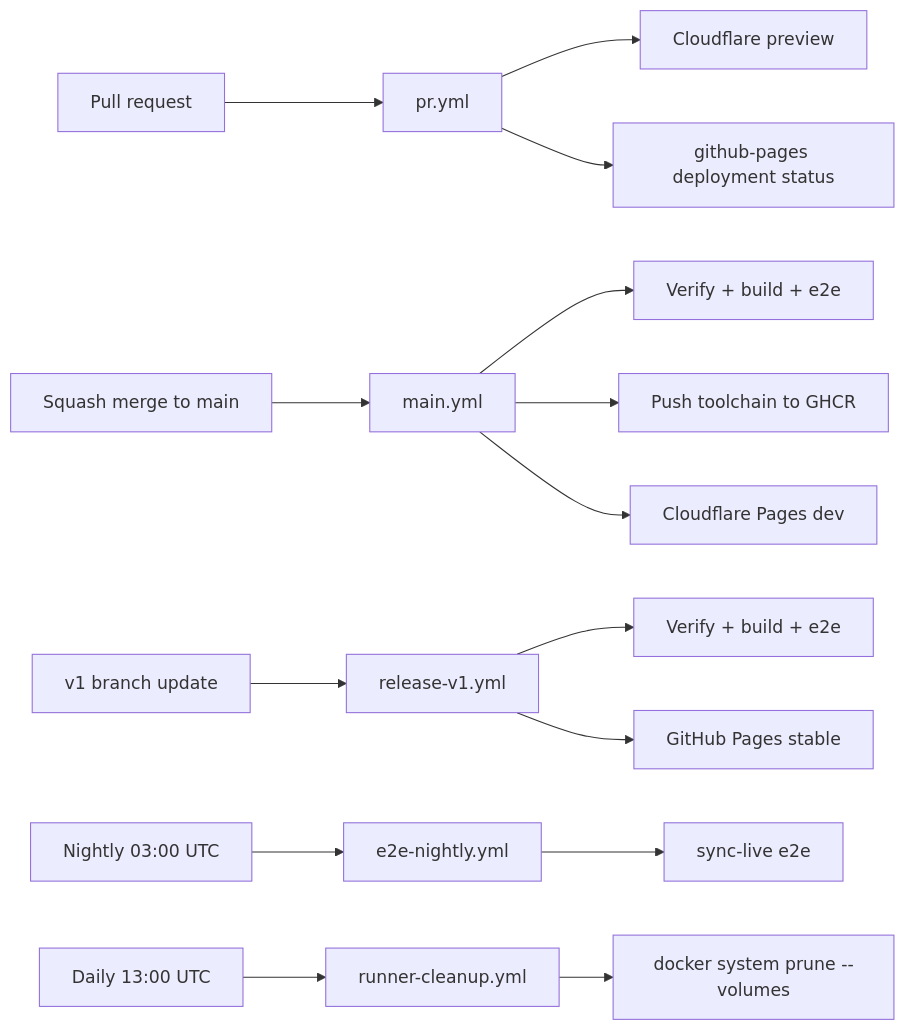
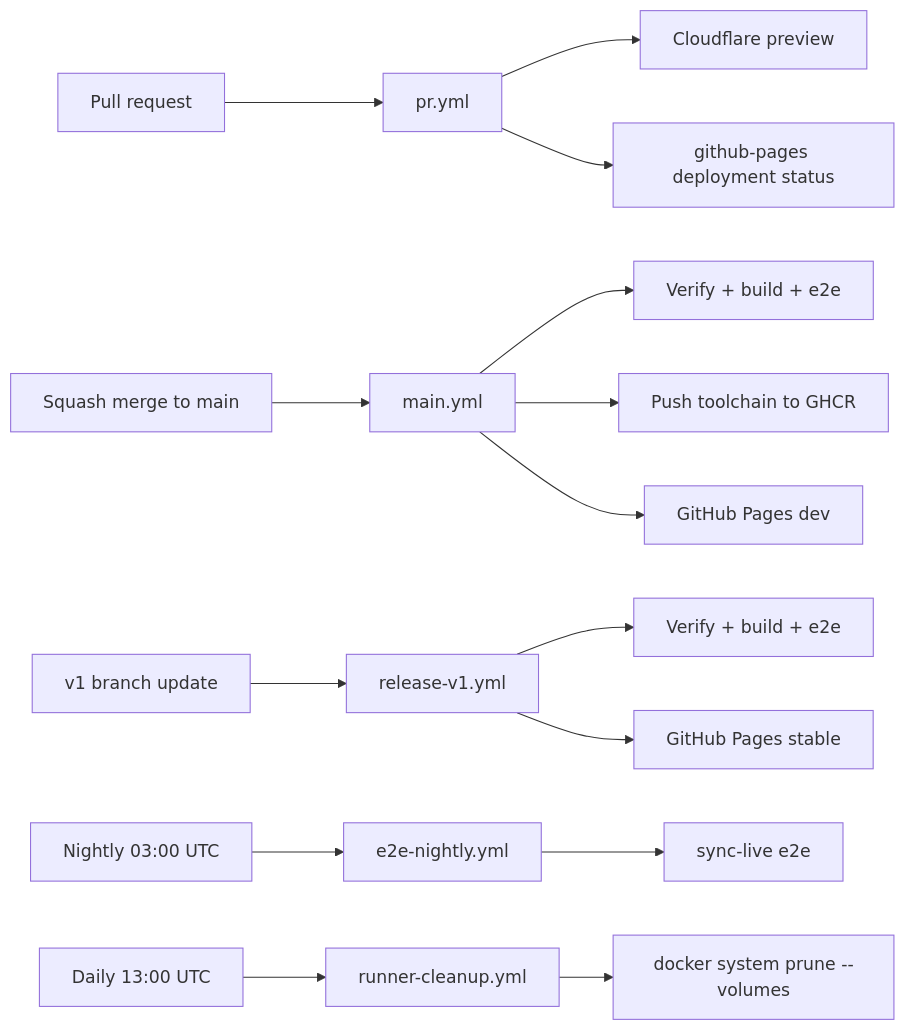
One commit to meta-secret/nook changed the diagram in .cortex/workflows/ci-pipeline.md. Above: the diagram before and after it, drawn with Mermaid. The commit also changed other lines of this file and 10 other files, not shown here.

Commit message:
Deploy main to dev GitHub Pages

````diff
--- a/.cortex/workflows/ci-pipeline.md
+++ b/.cortex/workflows/ci-pipeline.md
@@ -16,21 +16,21 @@
 ```mermaid
 flowchart LR
   PR[Pull request] --> pr_yml[pr.yml]
   pr_yml --> preview[Cloudflare preview]
   pr_yml --> pr_deployment[github-pages deployment status]
 
   merge[Squash merge to main] --> main_yml[main.yml]
   main_yml --> main_verify[Verify + build + e2e]
   main_yml --> toolchain_push[Push toolchain to GHCR]
-  main_yml --> cf_dev[Cloudflare Pages dev]
+  main_yml --> pages_dev[GitHub Pages dev]
 
   release[v1 branch update] --> release_yml[release-v1.yml]
   release_yml --> release_verify[Verify + build + e2e]
   release_yml --> pages[GitHub Pages stable]
 
   cron[Nightly 03:00 UTC] --> nightly[e2e-nightly.yml]
   nightly --> e2e_live[sync-live e2e]
 
   cleanup_cron[Daily 13:00 UTC] --> cleanup[runner-cleanup.yml]
   cleanup --> docker_prune["docker system prune --volumes"]
 ```
````
